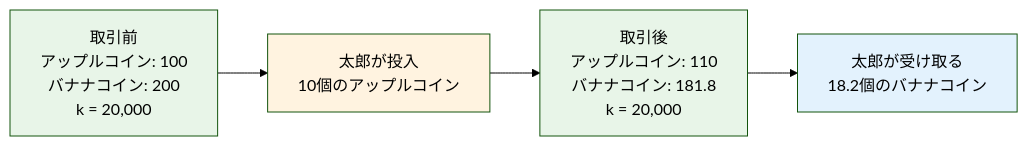
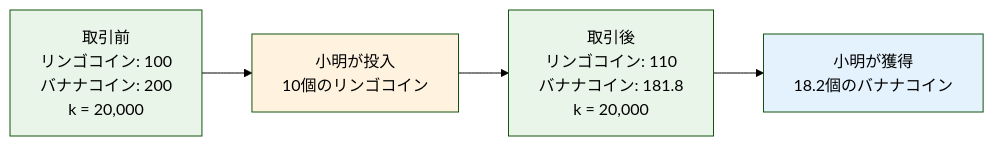
The third of 9 diagrams in doc/ja/AMM_Market_Making.md (pinpetfun/pinpet-book), drawn with Mermaid (forest theme) before and after one commit. The commit also changed other lines of this file and 54 other files, not shown here.

````diff
--- a/doc/ja/AMM_Market_Making.md
+++ b/doc/ja/AMM_Market_Making.md
@@ -134,14 +134,14 @@
 ```mermaid
 graph LR
-    A[取引前<br/>アップルコイン: 100<br/>バナナコイン: 200<br/>k = 20,000]
-    B[太郎が投入<br/>10個のアップルコイン]
-    C[取引後<br/>アップルコイン: 110<br/>バナナコイン: 181.8<br/>k = 20,000]
-    D[太郎が受け取る<br/>18.2個のバナナコイン]
+    A[取引前<br/>リンゴコイン: 100<br/>バナナコイン: 200<br/>k = 20,000]
+    B[小明が投入<br/>10個のリンゴコイン]
+    C[取引後<br/>リンゴコイン: 110<br/>バナナコイン: 181.8<br/>k = 20,000]
+    D[小明が獲得<br/>18.2個のバナナコイン]
 
     A --> B --> C --> D
 
     style A fill:#e8f5e8
     style C fill:#e8f5e8
     style B fill:#fff3e0
     style D fill:#e3f2fd
 ```
````
